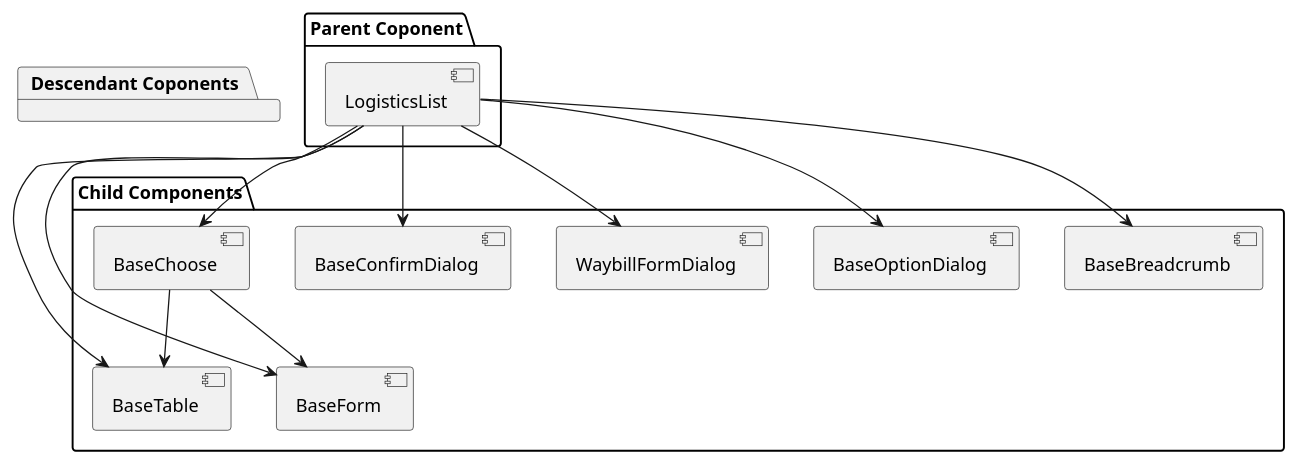
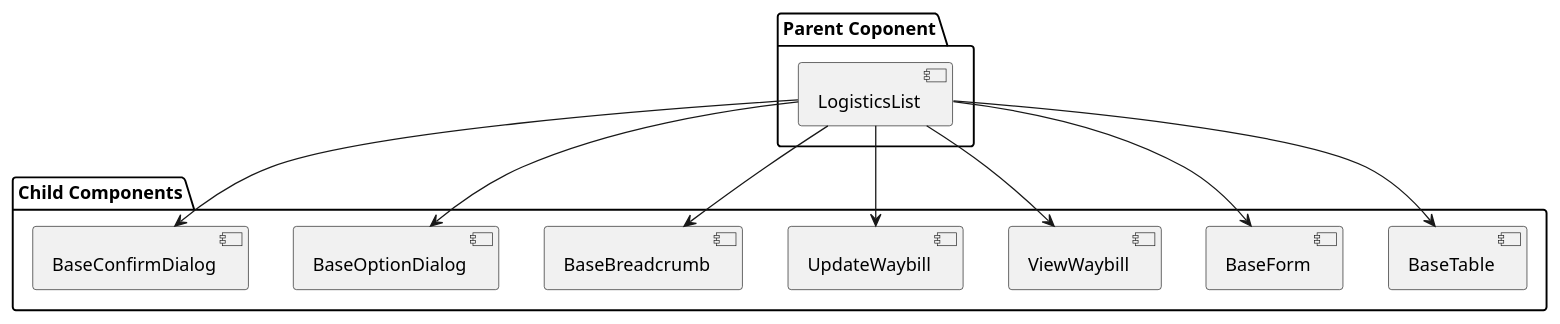
The diagram in docs/component-design/logistics-list.puml (futurekidult/lis), drawn with PlantUML before and after one commit.

Commit message:
refactor: update component design

```diff
--- a/docs/component-design/logistics-list.puml
+++ b/docs/component-design/logistics-list.puml
@@ -1,32 +1,25 @@
 @startuml
 
 package "Parent Coponent" {
   [LogisticsList]
 }
 
 package "Child Components" {
   [BaseTable]
   [BaseForm]
-  [BaseChoose]
+  [ViewWaybill]
+  [UpdateWaybill]
   [BaseBreadcrumb]
   [BaseOptionDialog]
-  [WaybillFormDialog]
   [BaseConfirmDialog]
-}
-
-package "Descendant Coponents" {
-  [BaseForm]
-  [BaseTable]
 }
 
 [LogisticsList]             -->       [BaseForm]
 [LogisticsList]             -->       [BaseTable]
-[LogisticsList]             -->       [BaseChoose]
+[LogisticsList]             -->       [ViewWaybill]
+[LogisticsList]             -->       [UpdateWaybill]
 [LogisticsList]             -->       [BaseBreadcrumb]
 [LogisticsList]             -->       [BaseOptionDialog]
-[LogisticsList]             -->       [WaybillFormDialog]
 [LogisticsList]             -->       [BaseConfirmDialog]
-[BaseChoose]            -->       [BaseForm]
-[BaseChoose]            -->       [BaseTable]
 
 @enduml
```
